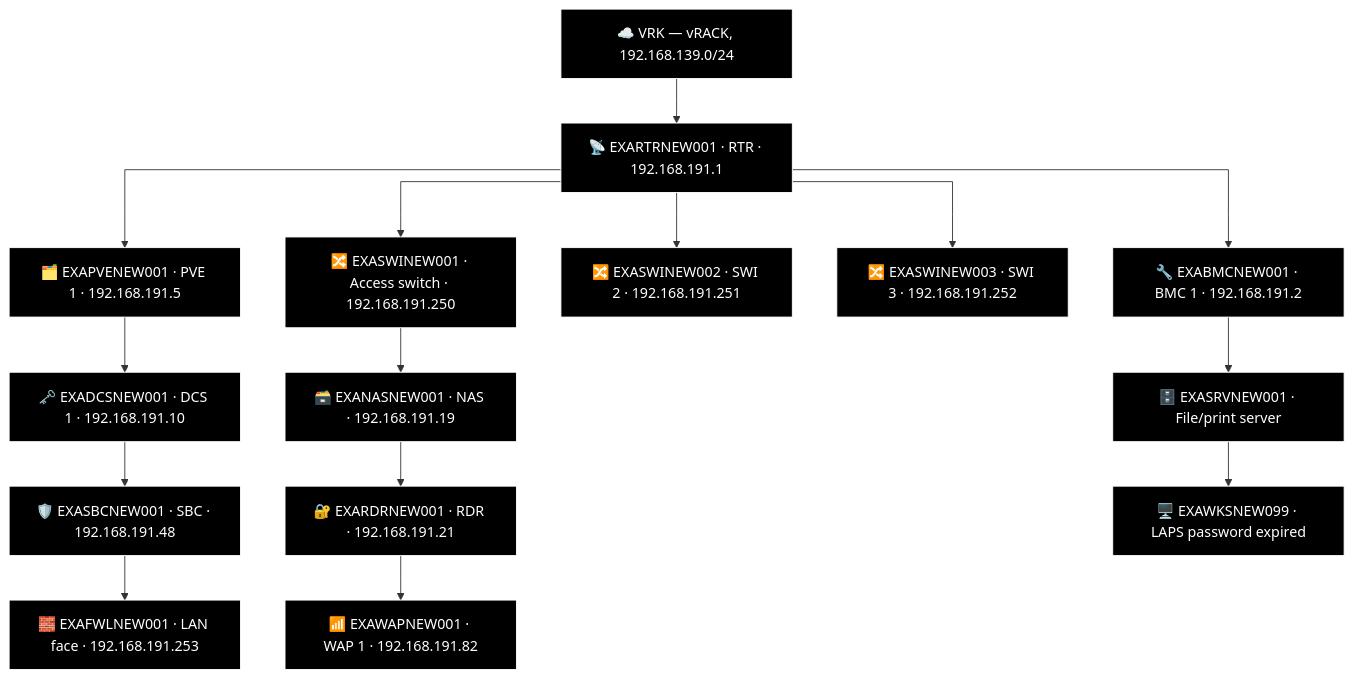
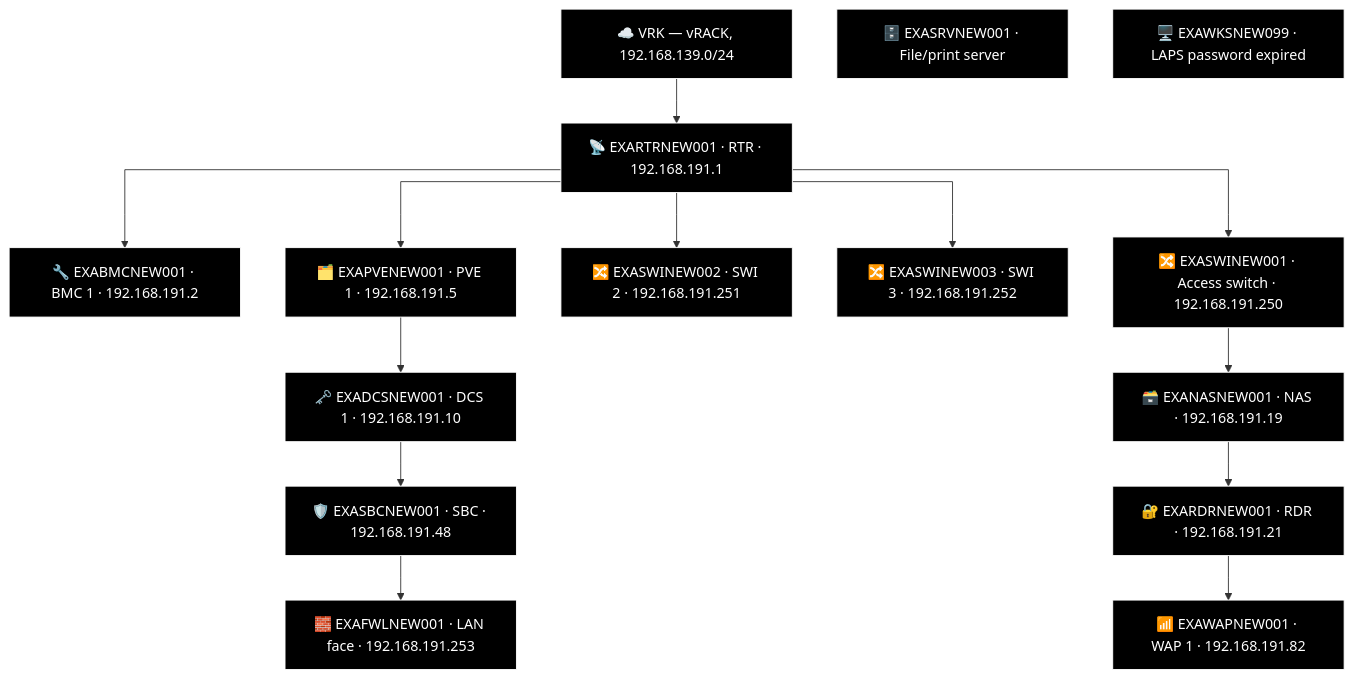
One commit to knightmare2600/example_music_infra changed the tenth of 18 diagrams in docs/network-diagram/england.md. Above: the diagram before and after it, drawn with Mermaid. The commit also changed other lines of this file and 8 other files, not shown here.

First line of the commit message:
generate_network_diagrams.py: port FAL's two-column "Other" bucket into the generator

````diff
--- a/docs/network-diagram/england.md
+++ b/docs/network-diagram/england.md
@@ -405,45 +435,44 @@
 ```mermaid
 %% GENERATED:TOPOLOGY:NEW:START
 %%{init: {'flowchart': {'curve': 'stepAfter'}}}%%
 graph TD
     T_VRK["☁️ VRK — vRACK, 192.168.139.0/24"]
     T_RTR["📡 EXARTRNEW001 · RTR · 192.168.191.1"]
     T_VRK --> T_RTR
     T_BMC["🔧 EXABMCNEW001 · BMC 1 · 192.168.191.2"]
     T_RTR --> T_BMC
     T_PVE["🗂️ EXAPVENEW001 · PVE 1 · 192.168.191.5"]
     T_RTR --> T_PVE
     T_SWI["🔀 EXASWINEW002 · SWI 2 · 192.168.191.251"]
     T_RTR --> T_SWI
     T_SWI2["🔀 EXASWINEW003 · SWI 3 · 192.168.191.252"]
     T_RTR --> T_SWI2
     T_SWI3["🔀 EXASWINEW001 · Access switch · 192.168.191.250"]
     T_RTR --> T_SWI3
     T_NAS["🗃️ EXANASNEW001 · NAS · 192.168.191.19"]
     T_RDR["🔐 EXARDRNEW001 · RDR · 192.168.191.21"]
     T_WAP["📶 EXAWAPNEW001 · WAP 1 · 192.168.191.82"]
     T_SWI3 --> T_NAS --> T_RDR --> T_WAP
     T_DCS["🗝️ EXADCSNEW001 · DCS 1 · 192.168.191.10"]
     T_SBC["🛡️ EXASBCNEW001 · SBC · 192.168.191.48"]
     T_FWL["🧱 EXAFWLNEW001 · LAN face · 192.168.191.253"]
     T_PVE --> T_DCS --> T_SBC --> T_FWL
     T_SRV["🗄️ EXASRVNEW001 · File/print server"]
     T_WKS["🖥️ EXAWKSNEW099 · LAPS password expired"]
-    T_BMC --> T_SRV --> T_WKS
     style T_VRK fill:#000000,stroke:#FFFFFF,color:#FFFFFF
     style T_RTR fill:#000000,stroke:#FFFFFF,color:#FFFFFF
     style T_BMC fill:#000000,stroke:#FFFFFF,color:#FFFFFF
     style T_PVE fill:#000000,stroke:#FFFFFF,color:#FFFFFF
     style T_SWI fill:#000000,stroke:#FFFFFF,color:#FFFFFF
     style T_SWI2 fill:#000000,stroke:#FFFFFF,color:#FFFFFF
     style T_SWI3 fill:#000000,stroke:#FFFFFF,color:#FFFFFF
     style T_NAS fill:#000000,stroke:#FFFFFF,color:#FFFFFF
     style T_RDR fill:#000000,stroke:#FFFFFF,color:#FFFFFF
     style T_WAP fill:#000000,stroke:#FFFFFF,color:#FFFFFF
     style T_DCS fill:#000000,stroke:#FFFFFF,color:#FFFFFF
     style T_SBC fill:#000000,stroke:#FFFFFF,color:#FFFFFF
     style T_FWL fill:#000000,stroke:#FFFFFF,color:#FFFFFF
     style T_SRV fill:#000000,stroke:#FFFFFF,color:#FFFFFF
     style T_WKS fill:#000000,stroke:#FFFFFF,color:#FFFFFF
 %% GENERATED:TOPOLOGY:NEW:END
 ```
````
